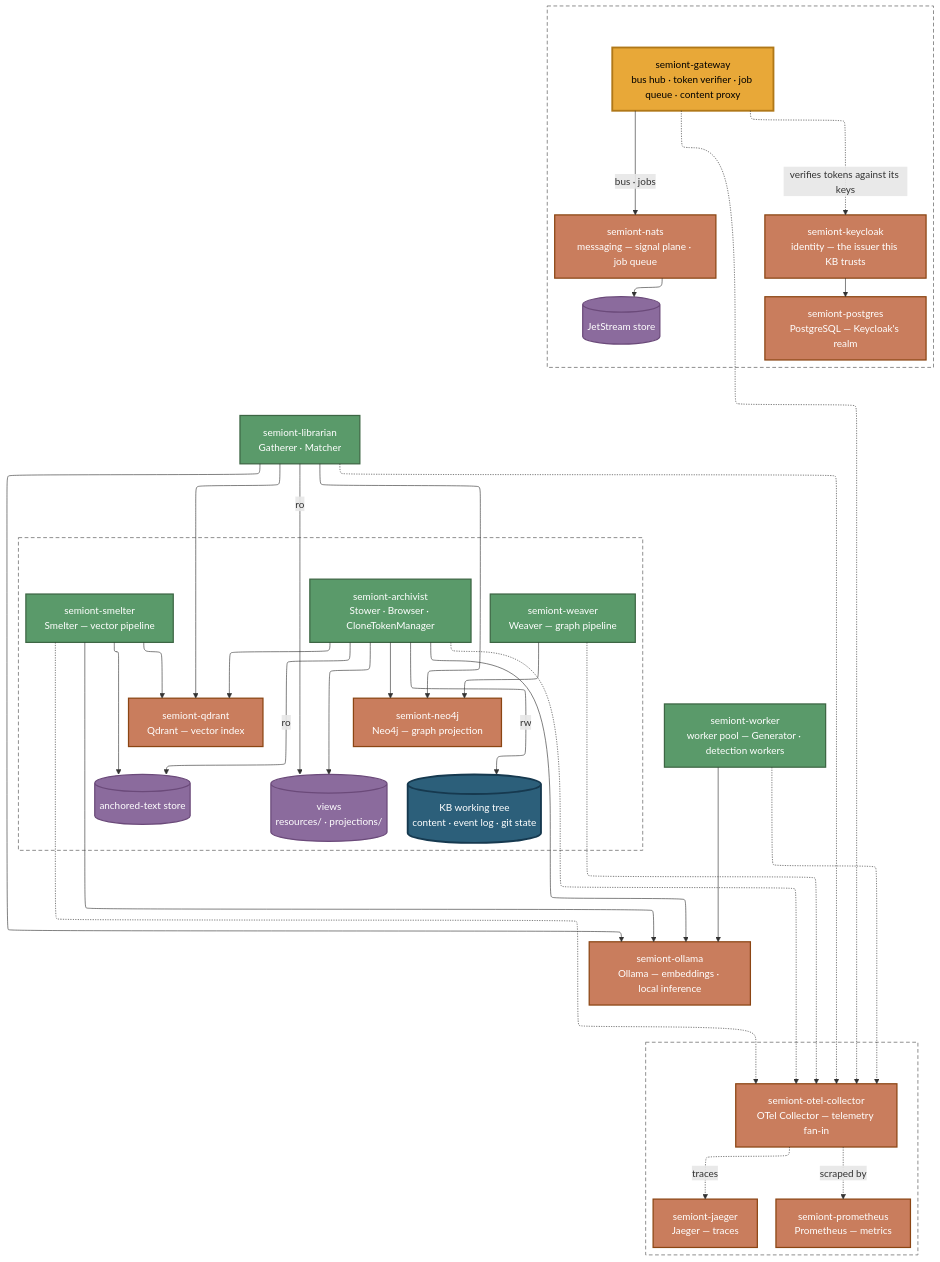
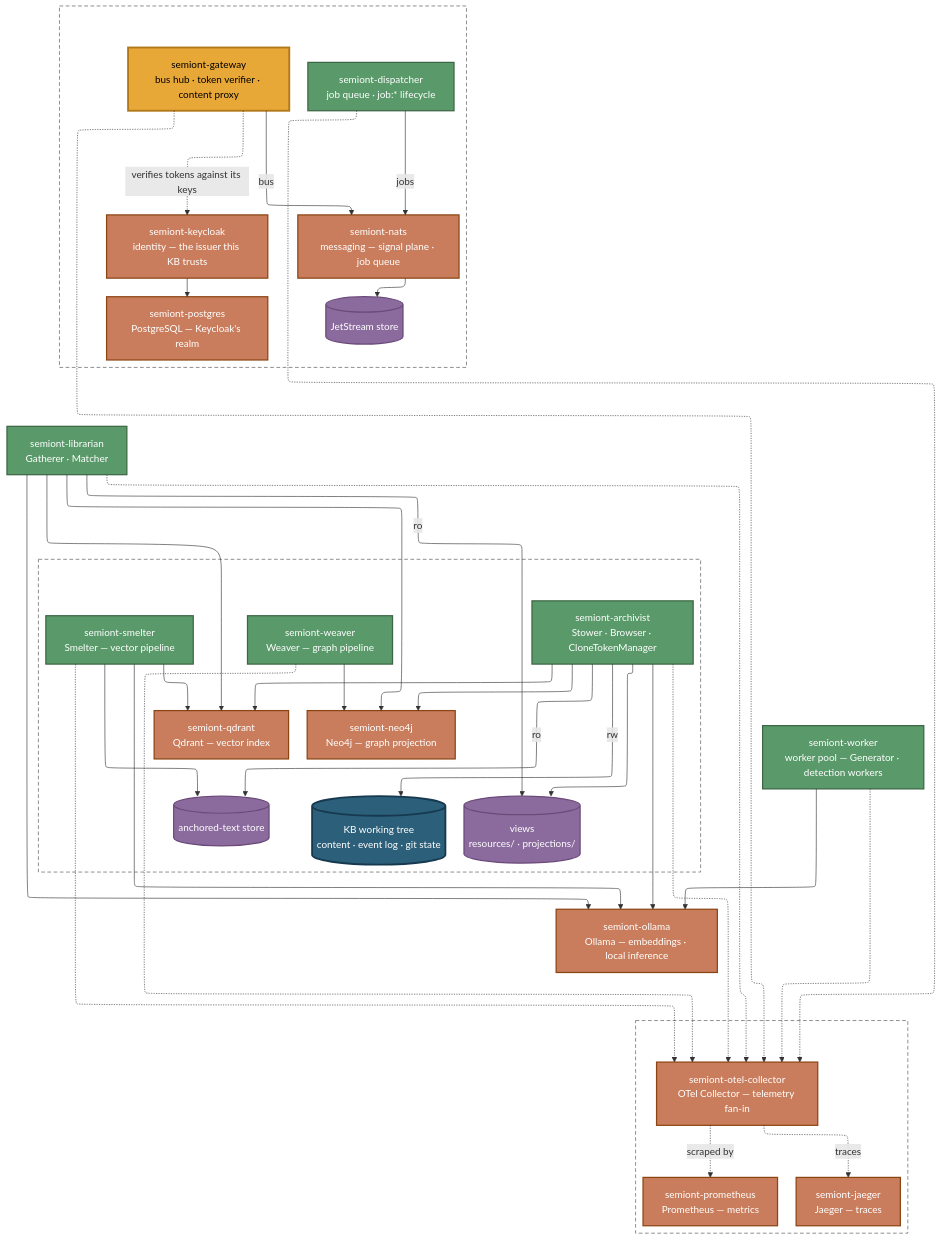
One commit to The-AI-Alliance/semiont changed the second of 2 diagrams in docs/system/CONTAINER-TOPOLOGY.md. Above: the diagram before and after it, drawn with Mermaid. The commit also changed other lines of this file and 13 other files, not shown here.

```diff
--- a/docs/system/CONTAINER-TOPOLOGY.md
+++ b/docs/system/CONTAINER-TOPOLOGY.md
@@ -78,7 +80,8 @@
 ---
 graph TB
     subgraph G1 [" "]
-        GW["semiont-gateway<br/>bus hub · token verifier · job queue · content proxy"]
+        GW["semiont-gateway<br/>bus hub · token verifier · content proxy"]
+        DISP["semiont-dispatcher<br/>job queue · job:* lifecycle"]
         NATS["semiont-nats<br/>messaging — signal plane · job queue"]
         JS[("JetStream store")]
         KC["semiont-keycloak<br/>identity — the issuer this KB trusts"]
@@ -112,7 +115,8 @@
     LIB -->|ro| VIEWS
     SMELT --> ANCH
     ARCH -->|ro| ANCH
-    GW -->|bus · jobs| NATS
+    GW -->|bus| NATS
+    DISP -->|jobs| NATS
     NATS --> JS
 
     WEAVE --> NEO
@@ -134,6 +138,7 @@
     WORKER -.-> COLL
     SMELT -.-> COLL
     WEAVE -.-> COLL
+    DISP -.-> COLL
     COLL -.->|traces| TRACES
     COLL -.->|"scraped by"| METRICS
 
@@ -143,7 +148,7 @@
     classDef store fill:#8b6b9d,stroke:#6b4a7a,stroke-width:2px,color:#fff
     classDef record fill:#2c5f7a,stroke:#16394f,stroke-width:3px,color:#fff
 
-    class LIB,WORKER,SMELT,WEAVE,ARCH svc
+    class LIB,WORKER,SMELT,WEAVE,ARCH,DISP svc
     class GW hub
     class NEO,QD,OL,PG,KC,COLL,TRACES,METRICS,NATS infra
     class ANCH,VIEWS,JS store
```
